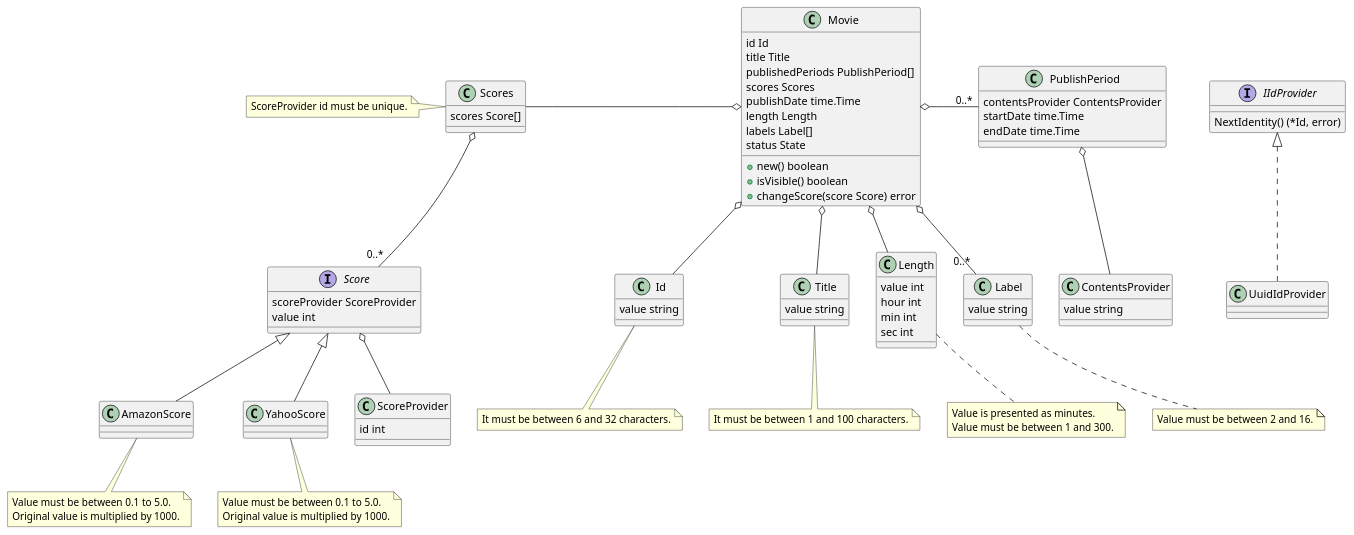
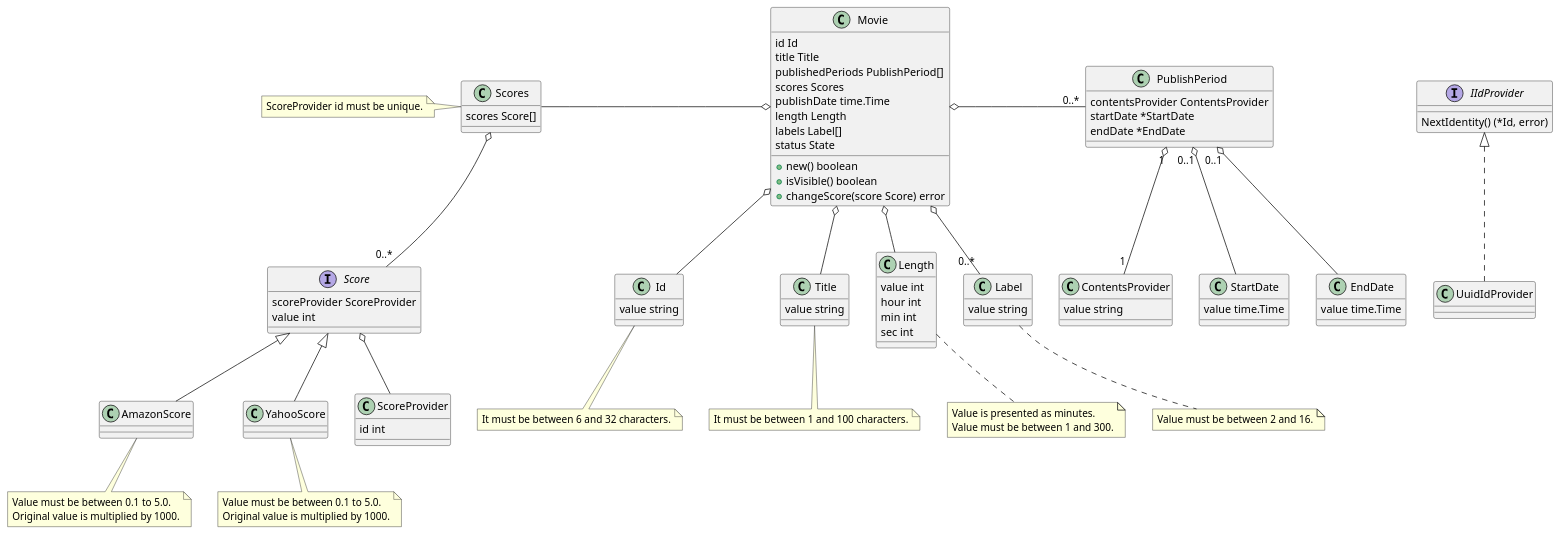
One commit to jupemara/ddd-guys changed the diagram in hackathon/doc/movie.pu. Above: the diagram before and after it, drawn with PlantUML.

Commit message:
update movie.pu for publish_period

```diff
--- a/hackathon/doc/movie.pu
+++ b/hackathon/doc/movie.pu
@@ -1,117 +1,127 @@
 @startuml
 
 class Movie {
     id Id
     title Title
     publishedPeriods PublishPeriod[]
     scores Scores
     publishDate time.Time
     length Length
     labels Label[]
     status State
 
     +new() boolean
     +isVisible() boolean
     +changeScore(score Score) error
 }
 
 class Scores {
     scores Score[]
 }
 
 note left of Scores
     ScoreProvider id must be unique.
 end note
 
 class Id {
     value string
 }
 
 note bottom of Id
     It must be between 6 and 32 characters.
 end note
 
 class Title {
     value string
 }
 
 note bottom of Title
     It must be between 1 and 100 characters.
 end note
 
 class Length {
     value int
     hour int
     min int
     sec int
 }
 
 note bottom of Length
     Value is presented as minutes.
     Value must be between 1 and 300.
 end note
 
 class Label {
     value string
 }
 
 note bottom of Label
     Value must be between 2 and 16.
 end note
 
 class PublishPeriod {
     contentsProvider ContentsProvider
-    startDate time.Time
-    endDate time.Time
+    startDate *StartDate
+    endDate *EndDate
 }
 
 class ContentsProvider {
     value string
+}
+
+class StartDate {
+    value time.Time
+}
+
+class EndDate {
+    value time.Time
 }
 
 interface Score {
     scoreProvider ScoreProvider
     value int
 }
 
 class AmazonScore {
 }
 
 note bottom of AmazonScore
     Value must be between 0.1 to 5.0.
     Original value is multiplied by 1000.
 end note
 
 class YahooScore {
 }
 
 note bottom of YahooScore
     Value must be between 0.1 to 5.0.
     Original value is multiplied by 1000.
 end note
 
 class ScoreProvider {
     id int
 }
 
 interface IIdProvider {
     NextIdentity() (*Id, error)
 }
 
 class UuidIdProvider {
 }
 
 Movie o-- Id
 Movie o-- Title
 Movie o-- Length
 Movie o-right- "0..*" PublishPeriod
 Movie o-- "0..*" Label
 Movie o-left- Scores
 Scores o-- "0..*" Score
 Score o-- ScoreProvider
 Score <|-- AmazonScore
 Score <|-- YahooScore
-PublishPeriod o-- ContentsProvider
+PublishPeriod "0..1" o-- StartDate
+PublishPeriod "0..1" o-- EndDate
+PublishPeriod "1" o-- "1" ContentsProvider
 IIdProvider <|.. UuidIdProvider
 
 @enduml
```
